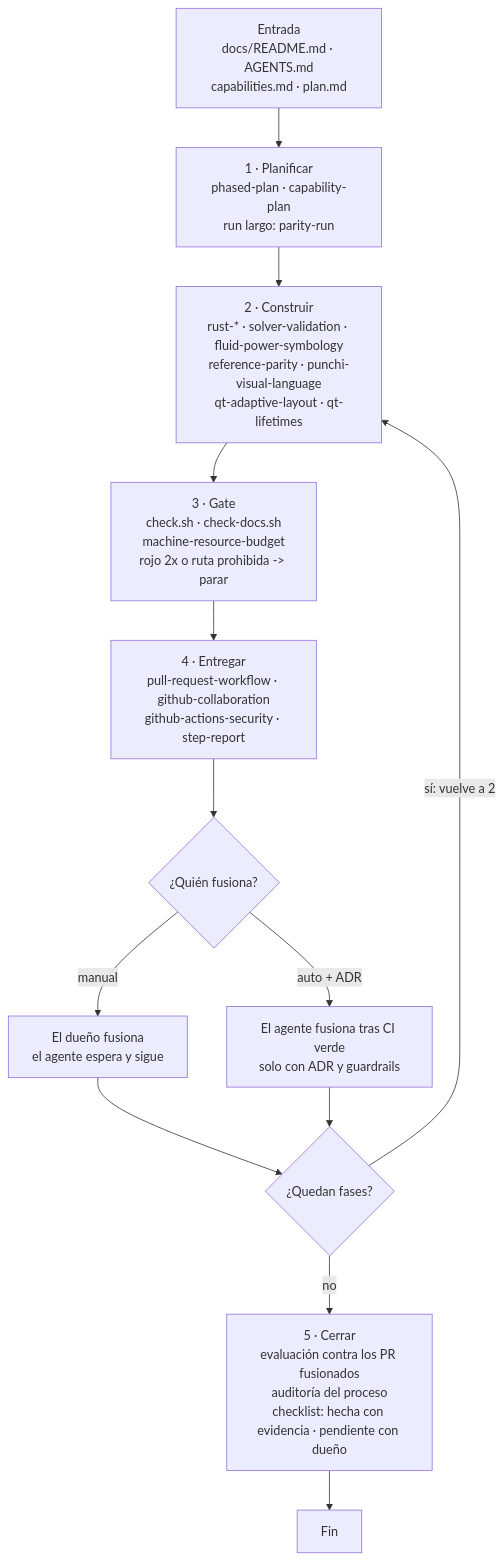
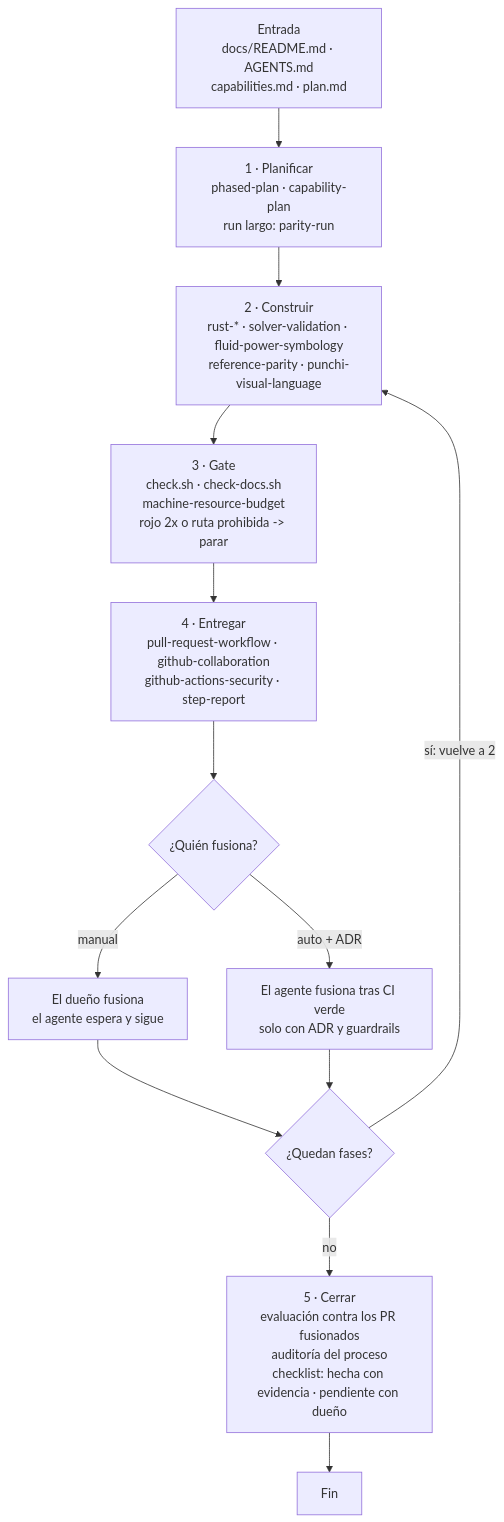
One commit to PunchiSoft/punchiFluidLab changed the diagram in .agents/skills/README.md. Above: the diagram before and after it, drawn with Mermaid. The commit also changed other lines of this file and 20 other files, not shown here.

````diff
--- a/.agents/skills/README.md
+++ b/.agents/skills/README.md
@@ -99,15 +97,15 @@
 ```mermaid
 flowchart TD
     E["Entrada<br/>docs/README.md · AGENTS.md<br/>capabilities.md · plan.md"] --> P["1 · Planificar<br/>phased-plan · capability-plan<br/>run largo: parity-run"]
-    P --> B["2 · Construir<br/>rust-* · solver-validation · fluid-power-symbology<br/>reference-parity · punchi-visual-language<br/>qt-adaptive-layout · qt-lifetimes"]
+    P --> B["2 · Construir<br/>rust-* · solver-validation · fluid-power-symbology<br/>reference-parity · punchi-visual-language"]
     B --> G["3 · Gate<br/>check.sh · check-docs.sh<br/>machine-resource-budget<br/>rojo 2x o ruta prohibida -> parar"]
     G --> R["4 · Entregar<br/>pull-request-workflow · github-collaboration<br/>github-actions-security · step-report"]
     R --> M{"¿Quién fusiona?"}
     M -->|manual| O["El dueño fusiona<br/>el agente espera y sigue"]
     M -->|"auto + ADR"| A["El agente fusiona tras CI verde<br/>solo con ADR y guardrails"]
     O --> Q{"¿Quedan fases?"}
     A --> Q
     Q -->|"sí: vuelve a 2"| B
     Q -->|no| C["5 · Cerrar<br/>evaluación contra los PR fusionados<br/>auditoría del proceso<br/>checklist: hecha con evidencia · pendiente con dueño"]
     C --> F["Fin"]
 ```
````
